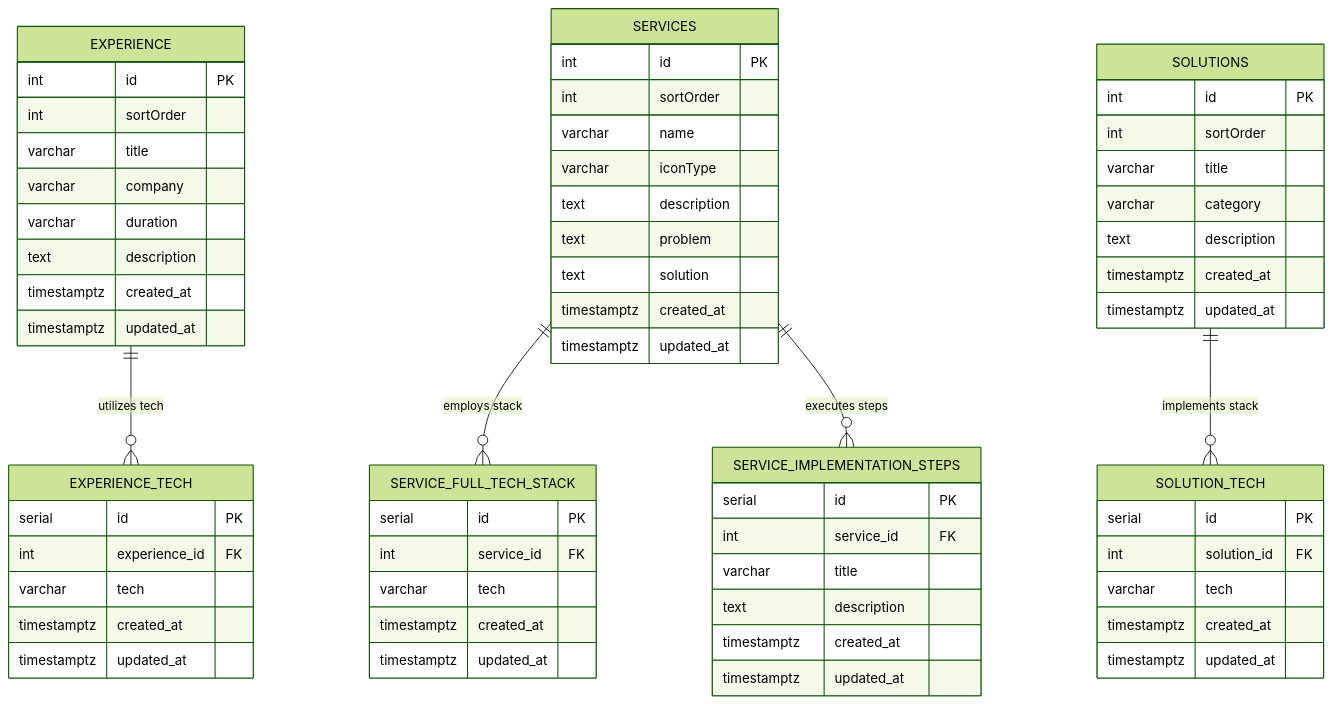
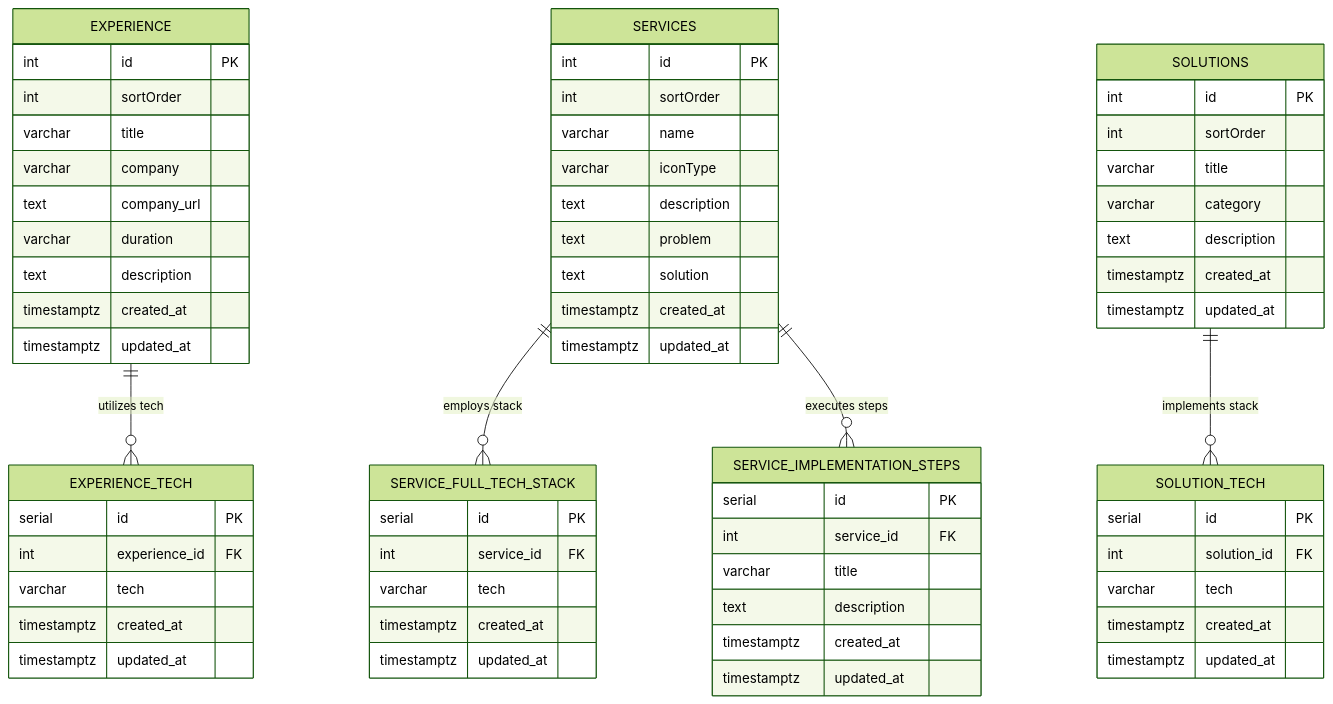
Before and after one commit to Haiderali445/portfolio-website: the seventh of 20 diagrams in README.md, drawn with Mermaid (forest theme). The commit also changed other lines of this file and 24 other files, not shown here.

````diff
--- a/README.md
+++ b/README.md
@@ -349,73 +369,74 @@
 ```mermaid
 erDiagram
     EXPERIENCE ||--o{ EXPERIENCE_TECH : "utilizes tech"
     SERVICES ||--o{ SERVICE_FULL_TECH_STACK : "employs stack"
     SERVICES ||--o{ SERVICE_IMPLEMENTATION_STEPS : "executes steps"
     SOLUTIONS ||--o{ SOLUTION_TECH : "implements stack"
 
     EXPERIENCE {
         int id PK
         int sortOrder
         varchar title
         varchar company
+        text company_url
         varchar duration
         text description
         timestamptz created_at
         timestamptz updated_at
     }
 
     EXPERIENCE_TECH {
         serial id PK
         int experience_id FK
         varchar tech
         timestamptz created_at
         timestamptz updated_at
     }
 
     SERVICES {
         int id PK
         int sortOrder
         varchar name
         varchar iconType
         text description
         text problem
         text solution
         timestamptz created_at
         timestamptz updated_at
     }
 
     SERVICE_FULL_TECH_STACK {
         serial id PK
         int service_id FK
         varchar tech
         timestamptz created_at
         timestamptz updated_at
     }
 
     SERVICE_IMPLEMENTATION_STEPS {
         serial id PK
         int service_id FK
         varchar title
         text description
         timestamptz created_at
         timestamptz updated_at
     }
 
     SOLUTIONS {
         int id PK
         int sortOrder
         varchar title
         varchar category
         text description
         timestamptz created_at
         timestamptz updated_at
     }
 
     SOLUTION_TECH {
         serial id PK
         int solution_id FK
         varchar tech
         timestamptz created_at
         timestamptz updated_at
     }
 ```
````
